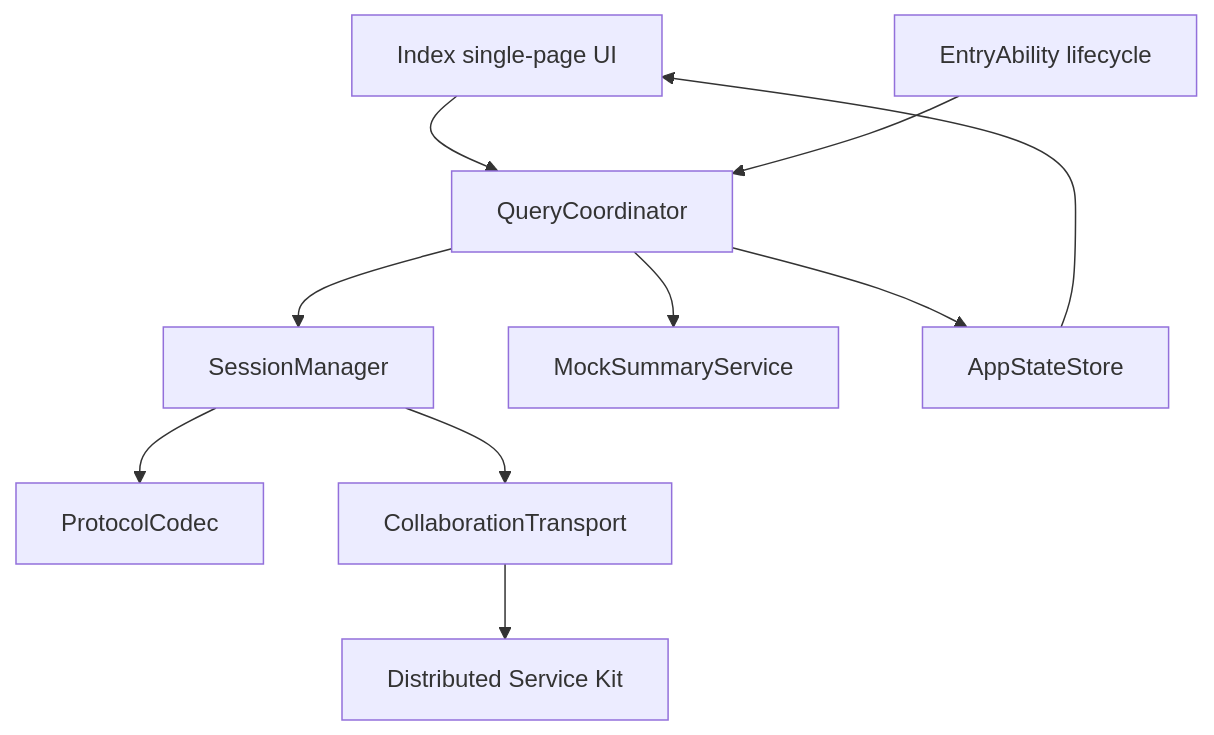
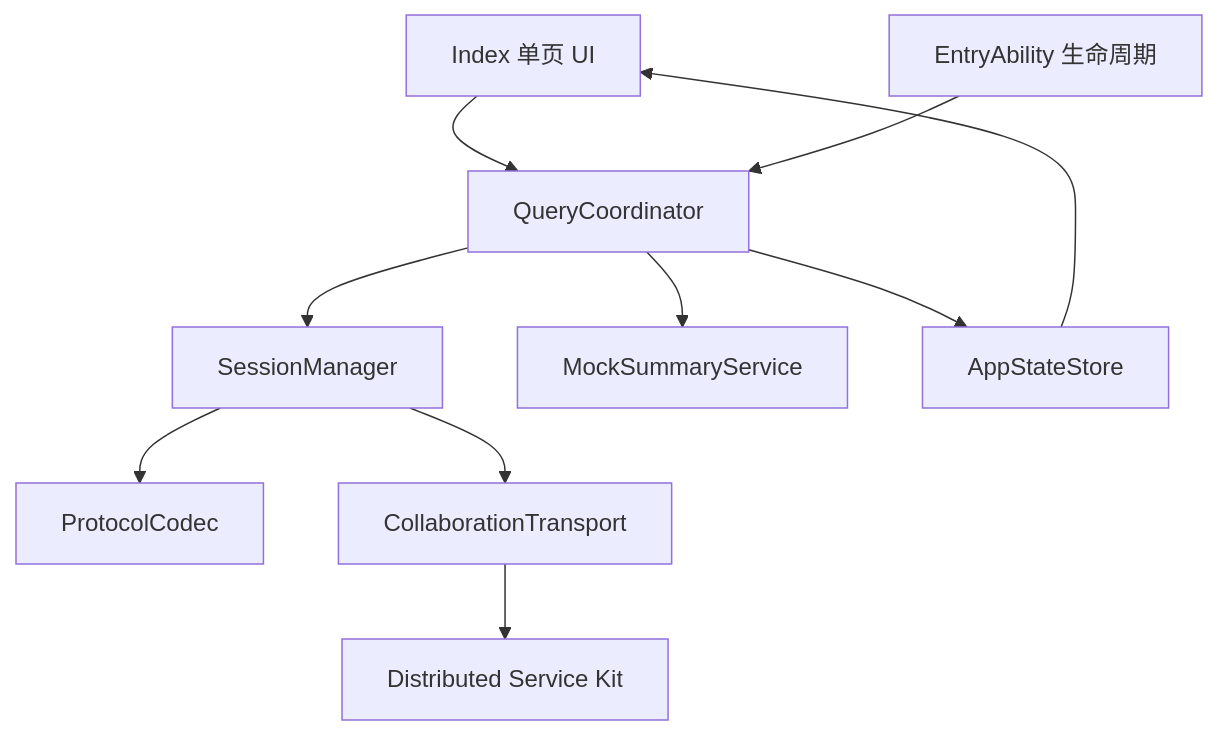
Before and after one commit to TokaiTeio666/SemaLink: the first of 2 diagrams in docs/superpowers/specs/2026-07-14-semalink-cross-device-communication-mvp-design.md, drawn with Mermaid. The commit also changed other lines of this file, not shown here.

````diff
--- a/docs/superpowers/specs/2026-07-14-semalink-cross-device-communication-mvp-design.md
+++ b/docs/superpowers/specs/2026-07-14-semalink-cross-device-communication-mvp-design.md
@@ -26,12 +26,12 @@
 ```mermaid
 flowchart TB
-    UI["Index single-page UI"] --> QC["QueryCoordinator"]
-    EA["EntryAbility lifecycle"] --> QC
+    UI["Index 单页 UI"] --> QC["QueryCoordinator"]
+    EA["EntryAbility 生命周期"] --> QC
     QC --> SM["SessionManager"]
     QC --> MS["MockSummaryService"]
     SM --> PC["ProtocolCodec"]
     SM --> CT["CollaborationTransport"]
     CT --> DSK["Distributed Service Kit"]
     QC --> AS["AppStateStore"]
     AS --> UI
 ```
````
